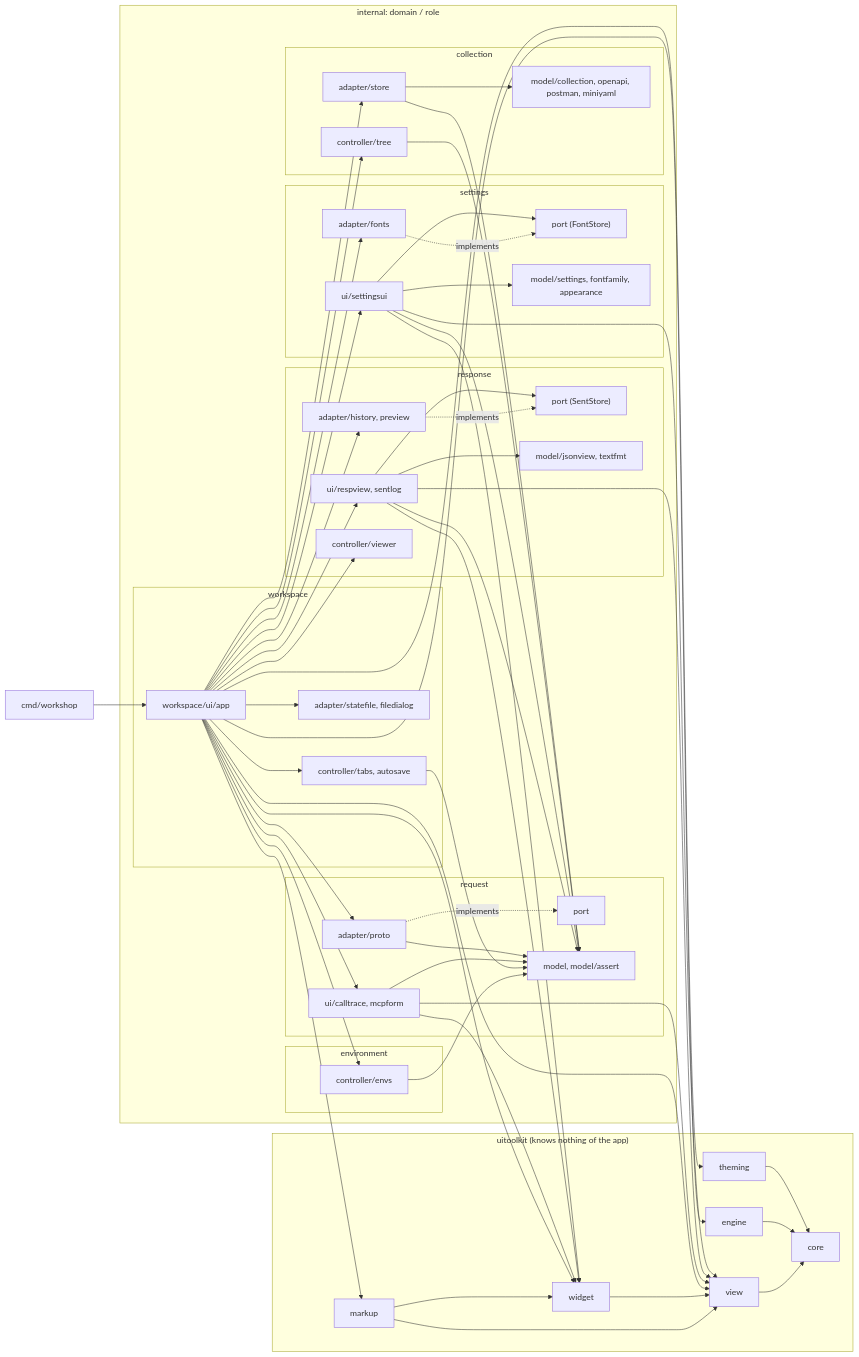
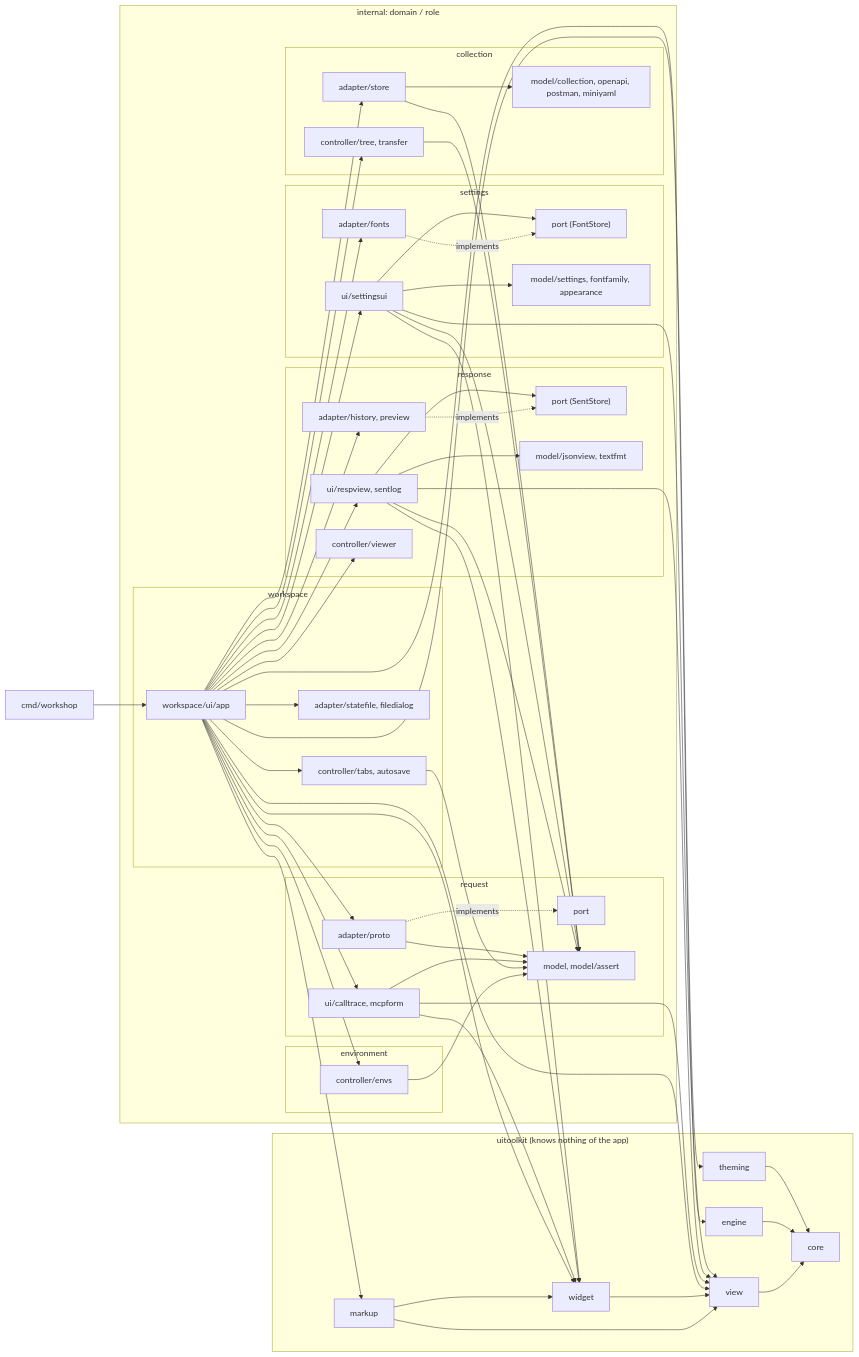
The diagram in .harness/architecture.md (gascoigne-ai/gascoigne-workshop), drawn with Mermaid before and after one commit. The commit also changed other lines of this file and 5 other files, not shown here.

First line of the commit message:
feat(collection): transfer controller and model helpers

````diff
--- a/.harness/architecture.md
+++ b/.harness/architecture.md
@@ -10,60 +10,60 @@
 ```mermaid
 flowchart LR
   cmd["cmd/workshop"] --> app["workspace/ui/app"]
   subgraph domains["internal: domain / role"]
     subgraph request
       rui["ui/calltrace, mcpform"]
       rad["adapter/proto"]
       rport["port"]
       rmod["model, model/assert"]
     end
     subgraph collection
       cad["adapter/store"]
-      cctl["controller/tree"]
+      cctl["controller/tree, transfer"]
       cmod["model/collection, openapi, postman, miniyaml"]
     end
     subgraph response
       sui["ui/respview, sentlog"]
       sport["port (SentStore)"]
       sad["adapter/history, preview"]
       smod["model/jsonview, textfmt"]
       sctl["controller/viewer"]
     end
     subgraph settings
       tui["ui/settingsui"]
       tport["port (FontStore)"]
       tad["adapter/fonts"]
       tmod["model/settings, fontfamily, appearance"]
     end
     subgraph environment
       ectl["controller/envs"]
     end
     subgraph workspace
       app
       wctl["controller/tabs, autosave"]
       wad["adapter/statefile, filedialog"]
     end
   end
   app --> ectl & wctl & cctl & sctl
   ectl & wctl & cctl --> rmod
   app --> rui & rad & cad & sui & sad & tui & tad & wad
   rui & rad & cad & sui & tui --> rmod
   rad -. implements .-> rport
   sad -. implements .-> sport
   sui --> sport
   tad -. implements .-> tport
   tui --> tport
   tui --> tmod
   cad --> cmod
   sui --> smod
   subgraph toolkit["uitoolkit (knows nothing of the app)"]
     markup["markup"] --> widget["widget"]
     markup --> view["view"]
     widget --> view
     view --> core["core"]
     engine["engine"] --> core
     theming["theming"] --> core
   end
   app --> markup & widget & view & engine & theming
   rui & sui & tui --> view & widget
 ```
````
